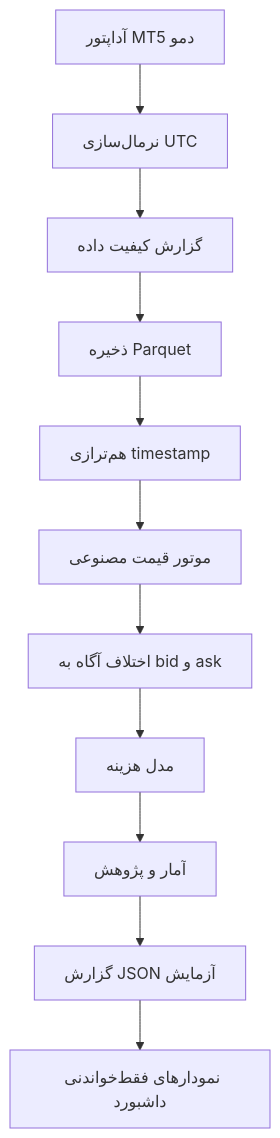
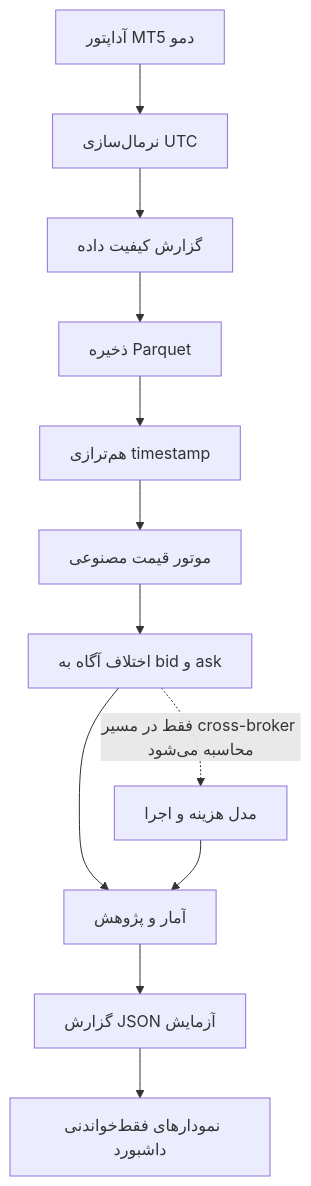
One commit to ybagheri/market-relationship-discovery changed the diagram in docs/architecture/DATA_FLOW.fa.md. Above: the diagram before and after it, drawn with Mermaid. The commit also changed other lines of this file and 7 other files, not shown here.

````diff
--- a/docs/architecture/DATA_FLOW.fa.md
+++ b/docs/architecture/DATA_FLOW.fa.md
@@ -3,13 +3,14 @@
 ```mermaid
 flowchart TD
     MT5[آداپتور MT5 دمو] --> Normalize[نرمال‌سازی UTC]
     Normalize --> Quality[گزارش کیفیت داده]
     Quality --> Storage[ذخیره Parquet]
     Storage --> Align[هم‌ترازی timestamp]
     Align --> Synthetic[موتور قیمت مصنوعی]
     Synthetic --> Discrepancy[اختلاف آگاه به bid و ask]
-    Discrepancy --> Costs[مدل هزینه]
-    Costs --> Research[آمار و پژوهش]
+    Discrepancy --> Research[آمار و پژوهش]
+    Discrepancy -.فقط در مسیر cross-broker محاسبه می‌شود.-> Costs[مدل هزینه و اجرا]
+    Costs --> Research
     Research --> Report[گزارش JSON آزمایش]
     Report --> Dashboard[نمودارهای فقط‌خواندنی داشبورد]
 ```
````
